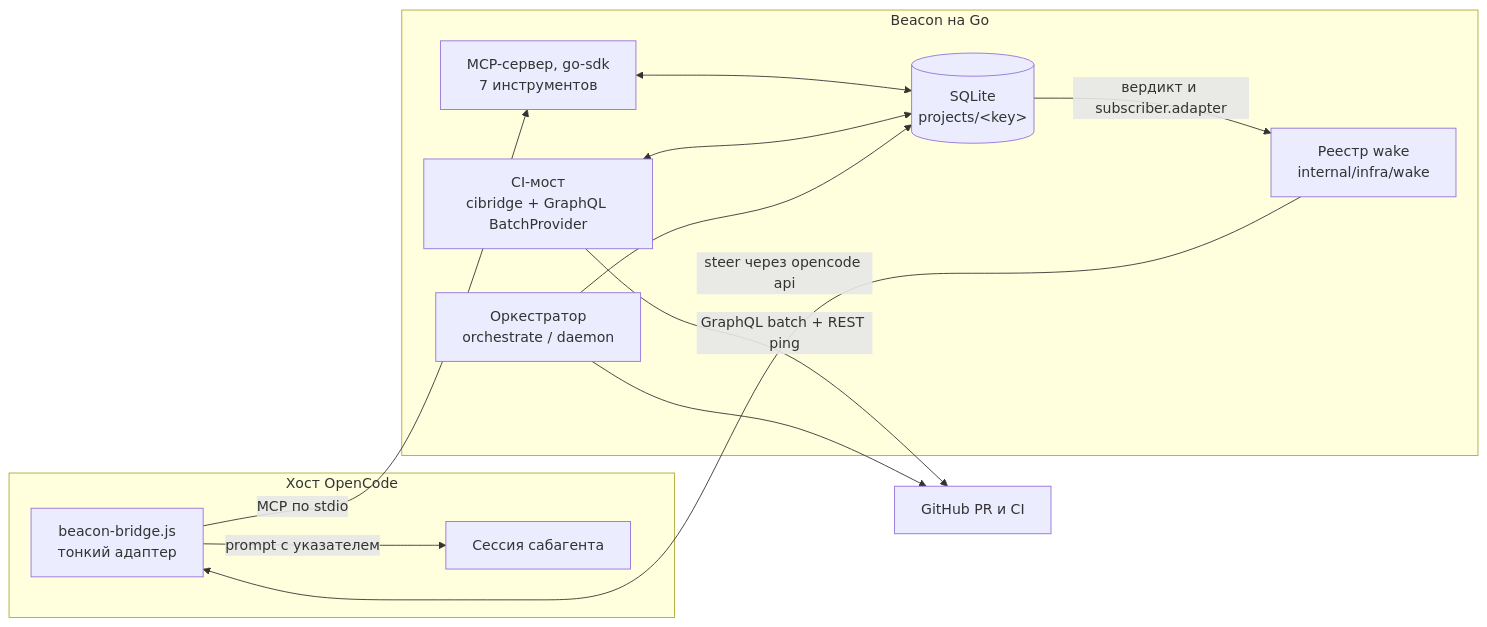
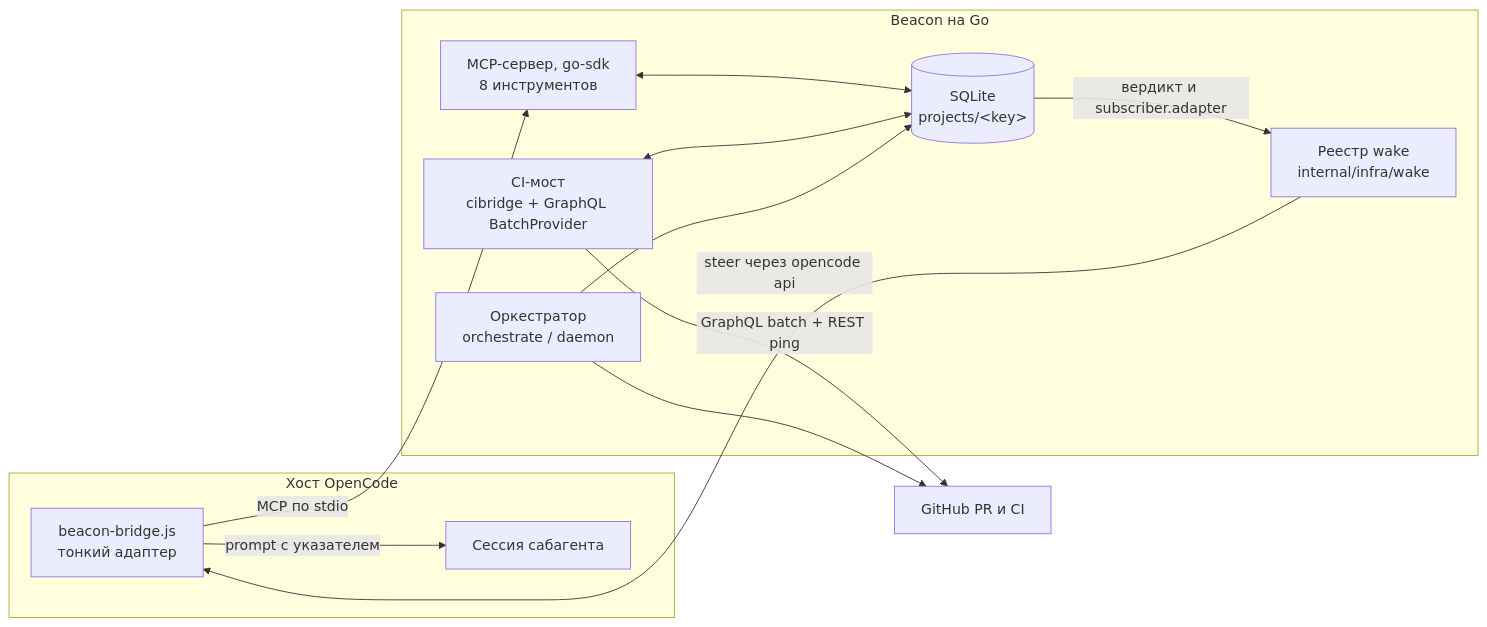
One commit to refusedguy/beacon changed the first of 3 diagrams in README.md. Above: the diagram before and after it, drawn with Mermaid. The commit also changed other lines of this file and 3 other files, not shown here.

````diff
--- a/README.md
+++ b/README.md
@@ -15,25 +15,25 @@
 ```mermaid
 flowchart LR
     subgraph Host["Хост OpenCode"]
         Plugin["beacon-bridge.js<br/>тонкий адаптер"]
         Session["Сессия сабагента"]
     end
     subgraph Beacon["Beacon на Go"]
-        MCP["MCP-сервер, go-sdk<br/>7 инструментов"]
+        MCP["MCP-сервер, go-sdk<br/>8 инструментов"]
         Store[("SQLite<br/>projects/&lt;key&gt;")]
         CI["CI-мост<br/>cibridge + GraphQL BatchProvider"]
         Wake["Реестр wake<br/>internal/infra/wake"]
         Orch["Оркестратор<br/>orchestrate / daemon"]
     end
     GH["GitHub PR и CI"]
 
     Plugin -->|"MCP по stdio"| MCP
     MCP <--> Store
     CI <--> Store
     CI -->|"GraphQL batch + REST ping"| GH
     Orch --> Store
     Orch --> GH
     Store -->|"вердикт и subscriber.adapter"| Wake
     Wake -->|"steer через opencode api"| Plugin
     Plugin -->|"prompt с указателем"| Session
 ```
````
